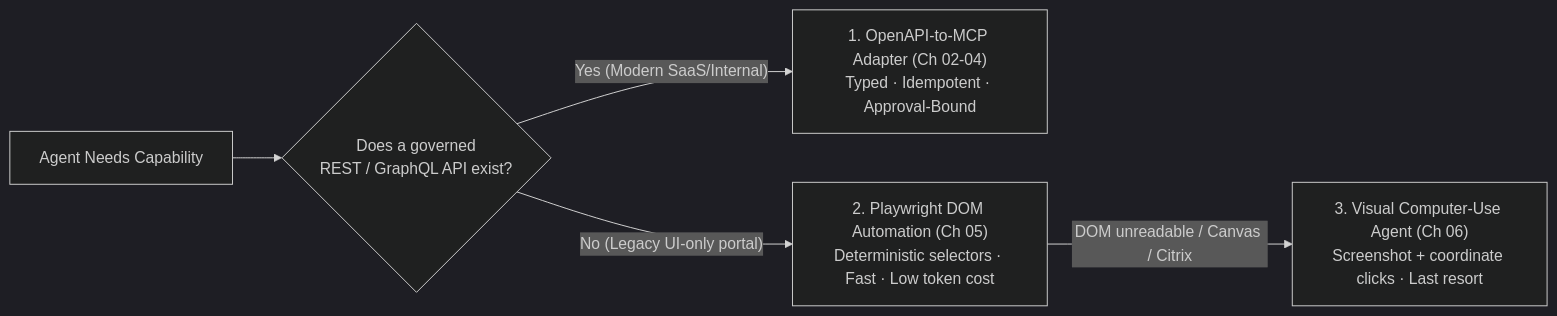
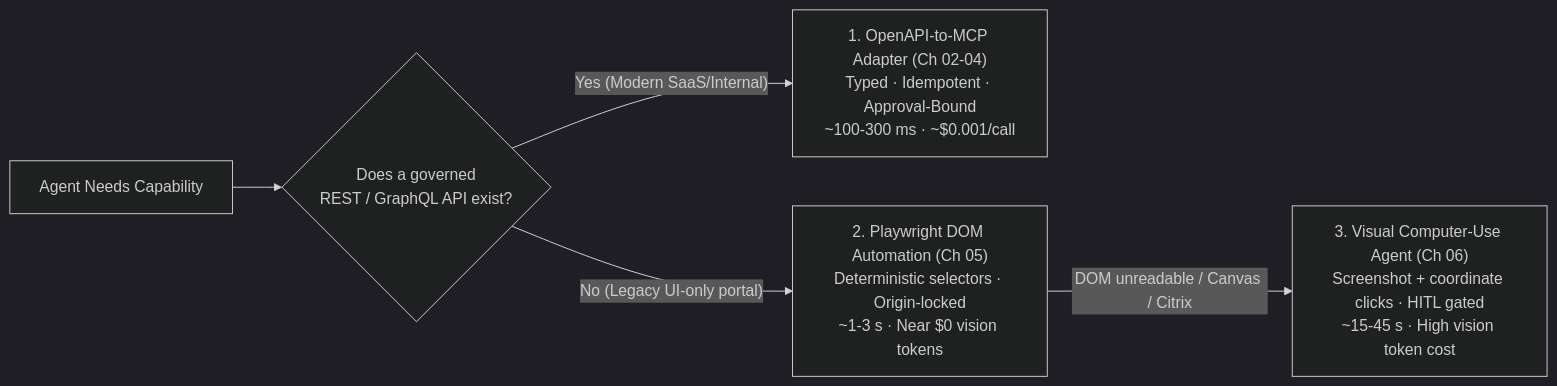
The second of 2 diagrams in Lecture 30 - Enterprise APIs OpenAPI-to-MCP and Computer-Use/notes/01_Evaluating_Enterprise_APIs_for_Agent_Readiness.md (Amie-dev/FDE-and-GenAI-Mastery), drawn with Mermaid (dark theme) before and after one commit. The commit also changed other lines of this file and 92 other files, not shown here.

````diff
--- a/Lecture 30 - Enterprise APIs OpenAPI-to-MCP and Computer-Use/notes/01_Evaluating_Enterprise_APIs_for_Agent_Readiness.md
+++ b/Lecture 30 - Enterprise APIs OpenAPI-to-MCP and Computer-Use/notes/01_Evaluating_Enterprise_APIs_for_Agent_Readiness.md
@@ -45,7 +109,7 @@
 ```mermaid
 flowchart LR
     Need["Agent Needs Capability"] --> HasAPI{"Does a governed<br/>REST / GraphQL API exist?"}
-    HasAPI -->|"Yes (Modern SaaS/Internal)"| MCP["1. OpenAPI-to-MCP Adapter (Ch 02-04)<br/>Typed · Idempotent · Approval-Bound"]
-    HasAPI -->|"No (Legacy UI-only portal)"| PW["2. Playwright DOM Automation (Ch 05)<br/>Deterministic selectors · Fast · Low token cost"]
-    PW -->|"DOM unreadable / Canvas / Citrix"| CU["3. Visual Computer-Use Agent (Ch 06)<br/>Screenshot + coordinate clicks · Last resort"]
+    HasAPI -->|"Yes (Modern SaaS/Internal)"| MCP["1. OpenAPI-to-MCP Adapter (Ch 02-04)<br/>Typed · Idempotent · Approval-Bound<br/>~100-300 ms · ~$0.001/call"]
+    HasAPI -->|"No (Legacy UI-only portal)"| PW["2. Playwright DOM Automation (Ch 05)<br/>Deterministic selectors · Origin-locked<br/>~1-3 s · Near $0 vision tokens"]
+    PW -->|"DOM unreadable / Canvas / Citrix"| CU["3. Visual Computer-Use Agent (Ch 06)<br/>Screenshot + coordinate clicks · HITL gated<br/>~15-45 s · High vision token cost"]
 ```
````
